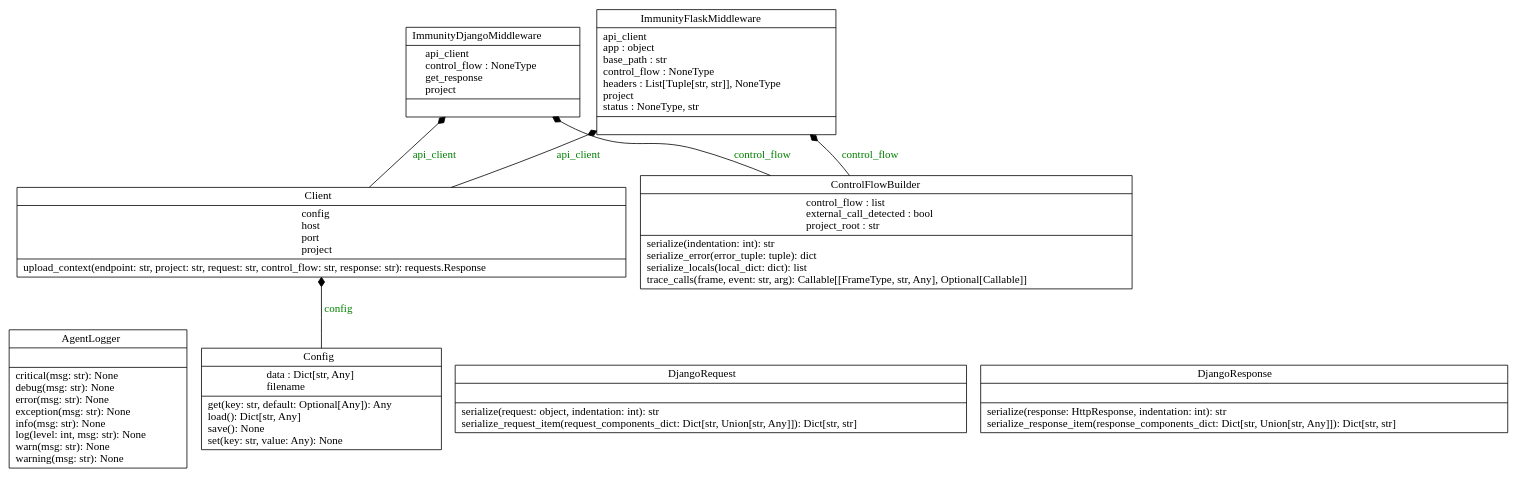
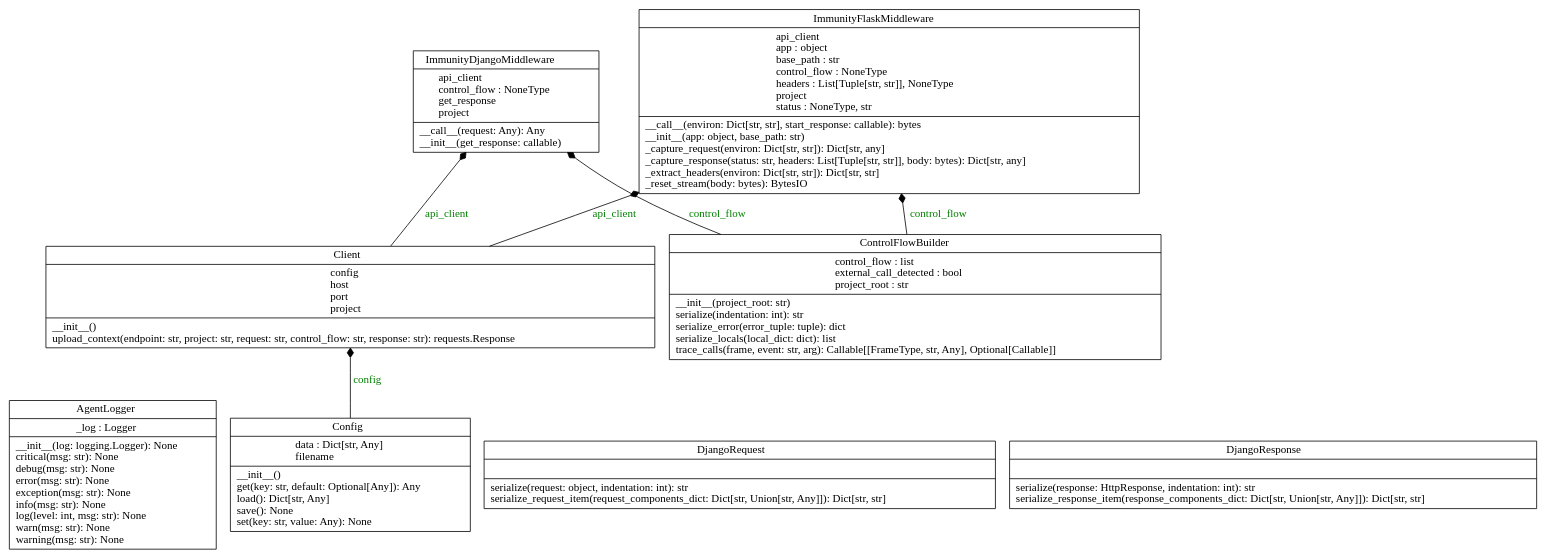
Before and after one commit to light-hat/immunity-python-agent: the diagram in diagrams/classes.dot, drawn with Graphviz. The commit also changed 1 other file, not shown here.

```diff
--- a/diagrams/classes.dot
+++ b/diagrams/classes.dot
@@ -1,17 +1,17 @@
 digraph "classes" {
 rankdir=BT
 charset="utf-8"
-"immunity_agent.logger.AgentLogger" [color="black", fontcolor="black", label=<{AgentLogger|<br ALIGN="LEFT"/>|critical(msg: str): None<br ALIGN="LEFT"/>debug(msg: str): None<br ALIGN="LEFT"/>error(msg: str): None<br ALIGN="LEFT"/>exception(msg: str): None<br ALIGN="LEFT"/>info(msg: str): None<br ALIGN="LEFT"/>log(level: int, msg: str): None<br ALIGN="LEFT"/>warn(msg: str): None<br ALIGN="LEFT"/>warning(msg: str): None<br ALIGN="LEFT"/>}>, shape="record", style="solid"];
-"immunity_agent.api.client.Client" [color="black", fontcolor="black", label=<{Client|config<br ALIGN="LEFT"/>host<br ALIGN="LEFT"/>port<br ALIGN="LEFT"/>project<br ALIGN="LEFT"/>|upload_context(endpoint: str, project: str, request: str, control_flow: str, response: str): requests.Response<br ALIGN="LEFT"/>}>, shape="record", style="solid"];
-"immunity_agent.config.Config" [color="black", fontcolor="black", label=<{Config|data : Dict[str, Any]<br ALIGN="LEFT"/>filename<br ALIGN="LEFT"/>|get(key: str, default: Optional[Any]): Any<br ALIGN="LEFT"/>load(): Dict[str, Any]<br ALIGN="LEFT"/>save(): None<br ALIGN="LEFT"/>set(key: str, value: Any): None<br ALIGN="LEFT"/>}>, shape="record", style="solid"];
-"immunity_agent.control_flow.control_flow.ControlFlowBuilder" [color="black", fontcolor="black", label=<{ControlFlowBuilder|control_flow : list<br ALIGN="LEFT"/>external_call_detected : bool<br ALIGN="LEFT"/>project_root : str<br ALIGN="LEFT"/>|serialize(indentation: int): str<br ALIGN="LEFT"/>serialize_error(error_tuple: tuple): dict<br ALIGN="LEFT"/>serialize_locals(local_dict: dict): list<br ALIGN="LEFT"/>trace_calls(frame, event: str, arg): Callable[[FrameType, str, Any], Optional[Callable]]<br ALIGN="LEFT"/>}>, shape="record", style="solid"];
+"immunity_agent.logger.AgentLogger" [color="black", fontcolor="black", label=<{AgentLogger|_log : Logger<br ALIGN="LEFT"/>|__init__(log: logging.Logger): None<br ALIGN="LEFT"/>critical(msg: str): None<br ALIGN="LEFT"/>debug(msg: str): None<br ALIGN="LEFT"/>error(msg: str): None<br ALIGN="LEFT"/>exception(msg: str): None<br ALIGN="LEFT"/>info(msg: str): None<br ALIGN="LEFT"/>log(level: int, msg: str): None<br ALIGN="LEFT"/>warn(msg: str): None<br ALIGN="LEFT"/>warning(msg: str): None<br ALIGN="LEFT"/>}>, shape="record", style="solid"];
+"immunity_agent.api.client.Client" [color="black", fontcolor="black", label=<{Client|config<br ALIGN="LEFT"/>host<br ALIGN="LEFT"/>port<br ALIGN="LEFT"/>project<br ALIGN="LEFT"/>|__init__()<br ALIGN="LEFT"/>upload_context(endpoint: str, project: str, request: str, control_flow: str, response: str): requests.Response<br ALIGN="LEFT"/>}>, shape="record", style="solid"];
+"immunity_agent.config.Config" [color="black", fontcolor="black", label=<{Config|data : Dict[str, Any]<br ALIGN="LEFT"/>filename<br ALIGN="LEFT"/>|__init__()<br ALIGN="LEFT"/>get(key: str, default: Optional[Any]): Any<br ALIGN="LEFT"/>load(): Dict[str, Any]<br ALIGN="LEFT"/>save(): None<br ALIGN="LEFT"/>set(key: str, value: Any): None<br ALIGN="LEFT"/>}>, shape="record", style="solid"];
+"immunity_agent.control_flow.control_flow.ControlFlowBuilder" [color="black", fontcolor="black", label=<{ControlFlowBuilder|control_flow : list<br ALIGN="LEFT"/>external_call_detected : bool<br ALIGN="LEFT"/>project_root : str<br ALIGN="LEFT"/>|__init__(project_root: str)<br ALIGN="LEFT"/>serialize(indentation: int): str<br ALIGN="LEFT"/>serialize_error(error_tuple: tuple): dict<br ALIGN="LEFT"/>serialize_locals(local_dict: dict): list<br ALIGN="LEFT"/>trace_calls(frame, event: str, arg): Callable[[FrameType, str, Any], Optional[Callable]]<br ALIGN="LEFT"/>}>, shape="record", style="solid"];
 "immunity_agent.request.django_request.DjangoRequest" [color="black", fontcolor="black", label=<{DjangoRequest|<br ALIGN="LEFT"/>|serialize(request: object, indentation: int): str<br ALIGN="LEFT"/>serialize_request_item(request_components_dict: Dict[str, Union[str, Any]]): Dict[str, str]<br ALIGN="LEFT"/>}>, shape="record", style="solid"];
 "immunity_agent.response.django_response.DjangoResponse" [color="black", fontcolor="black", label=<{DjangoResponse|<br ALIGN="LEFT"/>|serialize(response: HttpResponse, indentation: int): str<br ALIGN="LEFT"/>serialize_response_item(response_components_dict: Dict[str, Union[str, Any]]): Dict[str, str]<br ALIGN="LEFT"/>}>, shape="record", style="solid"];
-"immunity_agent.middlewares.django_middleware.ImmunityDjangoMiddleware" [color="black", fontcolor="black", label=<{ImmunityDjangoMiddleware|api_client<br ALIGN="LEFT"/>control_flow : NoneType<br ALIGN="LEFT"/>get_response<br ALIGN="LEFT"/>project<br ALIGN="LEFT"/>|}>, shape="record", style="solid"];
-"immunity_agent.middlewares.flask_middleware.ImmunityFlaskMiddleware" [color="black", fontcolor="black", label=<{ImmunityFlaskMiddleware|api_client<br ALIGN="LEFT"/>app : object<br ALIGN="LEFT"/>base_path : str<br ALIGN="LEFT"/>control_flow : NoneType<br ALIGN="LEFT"/>headers : List[Tuple[str, str]], NoneType<br ALIGN="LEFT"/>project<br ALIGN="LEFT"/>status : NoneType, str<br ALIGN="LEFT"/>|}>, shape="record", style="solid"];
+"immunity_agent.middlewares.django_middleware.ImmunityDjangoMiddleware" [color="black", fontcolor="black", label=<{ImmunityDjangoMiddleware|api_client<br ALIGN="LEFT"/>control_flow : NoneType<br ALIGN="LEFT"/>get_response<br ALIGN="LEFT"/>project<br ALIGN="LEFT"/>|__call__(request: Any): Any<br ALIGN="LEFT"/>__init__(get_response: callable)<br ALIGN="LEFT"/>}>, shape="record", style="solid"];
+"immunity_agent.middlewares.flask_middleware.ImmunityFlaskMiddleware" [color="black", fontcolor="black", label=<{ImmunityFlaskMiddleware|api_client<br ALIGN="LEFT"/>app : object<br ALIGN="LEFT"/>base_path : str<br ALIGN="LEFT"/>control_flow : NoneType<br ALIGN="LEFT"/>headers : List[Tuple[str, str]], NoneType<br ALIGN="LEFT"/>project<br ALIGN="LEFT"/>status : NoneType, str<br ALIGN="LEFT"/>|__call__(environ: Dict[str, str], start_response: callable): bytes<br ALIGN="LEFT"/>__init__(app: object, base_path: str)<br ALIGN="LEFT"/>_capture_request(environ: Dict[str, str]): Dict[str, any]<br ALIGN="LEFT"/>_capture_response(status: str, headers: List[Tuple[str, str]], body: bytes): Dict[str, any]<br ALIGN="LEFT"/>_extract_headers(environ: Dict[str, str]): Dict[str, str]<br ALIGN="LEFT"/>_reset_stream(body: bytes): BytesIO<br ALIGN="LEFT"/>}>, shape="record", style="solid"];
 "immunity_agent.api.client.Client" -> "immunity_agent.middlewares.django_middleware.ImmunityDjangoMiddleware" [arrowhead="diamond", arrowtail="none", fontcolor="green", label="api_client", style="solid"];
 "immunity_agent.api.client.Client" -> "immunity_agent.middlewares.flask_middleware.ImmunityFlaskMiddleware" [arrowhead="diamond", arrowtail="none", fontcolor="green", label="api_client", style="solid"];
 "immunity_agent.config.Config" -> "immunity_agent.api.client.Client" [arrowhead="diamond", arrowtail="none", fontcolor="green", label="config", style="solid"];
 "immunity_agent.control_flow.control_flow.ControlFlowBuilder" -> "immunity_agent.middlewares.django_middleware.ImmunityDjangoMiddleware" [arrowhead="diamond", arrowtail="none", fontcolor="green", label="control_flow", style="solid"];
 "immunity_agent.control_flow.control_flow.ControlFlowBuilder" -> "immunity_agent.middlewares.flask_middleware.ImmunityFlaskMiddleware" [arrowhead="diamond", arrowtail="none", fontcolor="green", label="control_flow", style="solid"];
 }
```
